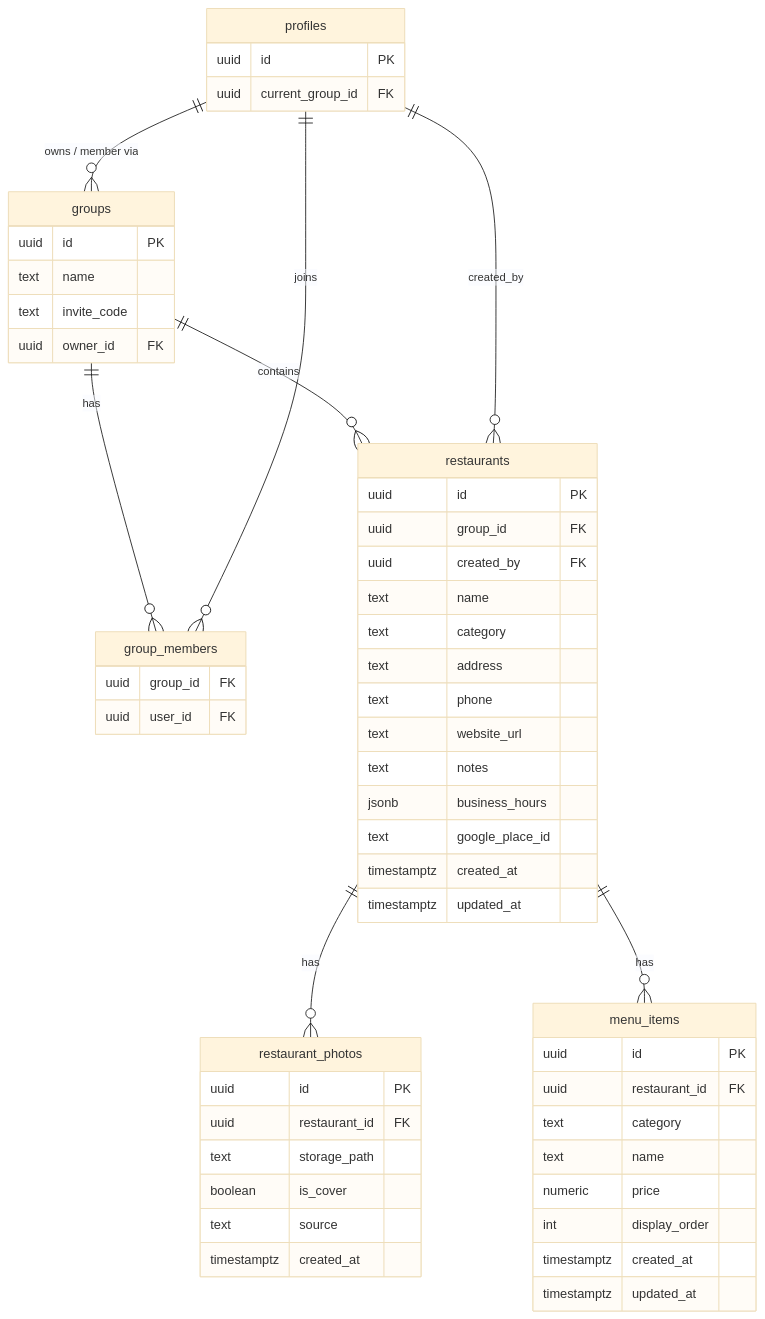
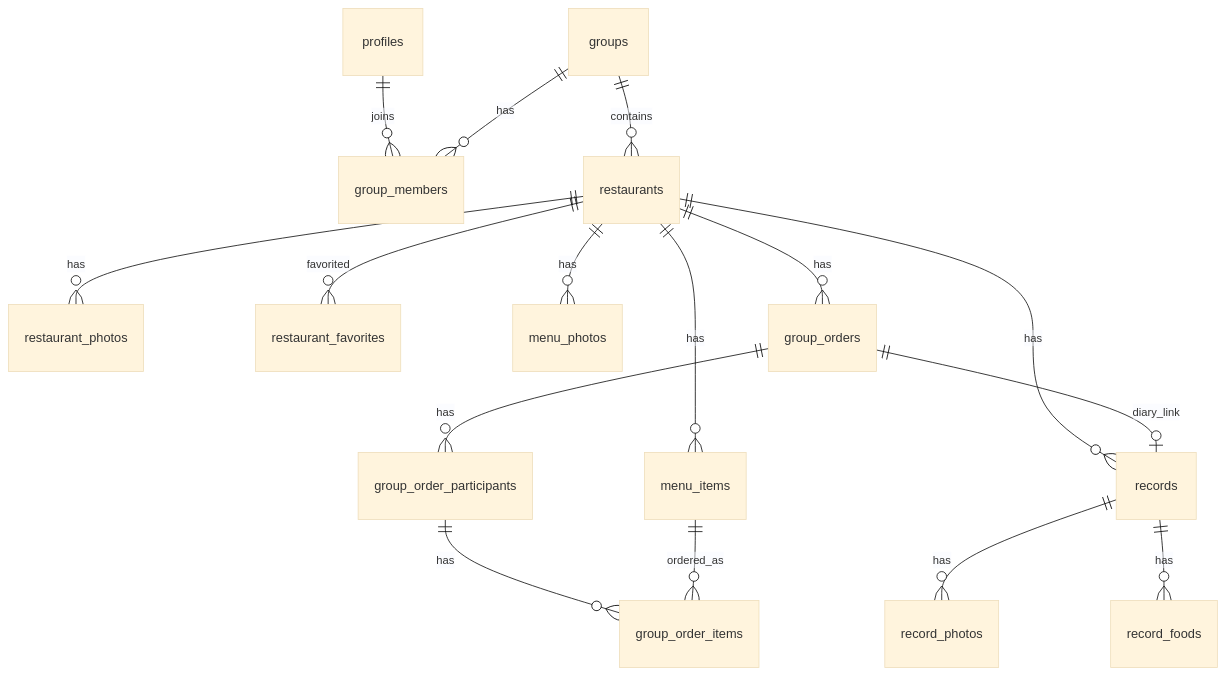
The diagram in docs/DATABASE.md (chm12b/yum-diary), drawn with Mermaid (base theme) before and after one commit. The commit also changed other lines of this file and 10 other files, not shown here.

````diff
--- a/docs/DATABASE.md
+++ b/docs/DATABASE.md
@@ -159,63 +250,18 @@
 ```mermaid
 erDiagram
-  profiles ||--o{ groups : "owns / member via"
-  groups ||--o{ group_members : "has"
-  profiles ||--o{ group_members : "joins"
-  groups ||--o{ restaurants : "contains"
-  profiles ||--o{ restaurants : "created_by"
-  restaurants ||--o{ restaurant_photos : "has"
-  restaurants ||--o{ menu_items : "has"
-
-  profiles {
-    uuid id PK
-    uuid current_group_id FK
-  }
-
-  groups {
-    uuid id PK
-    text name
-    text invite_code
-    uuid owner_id FK
-  }
-
-  group_members {
-    uuid group_id FK
-    uuid user_id FK
-  }
-
-  restaurants {
-    uuid id PK
-    uuid group_id FK
-    uuid created_by FK
-    text name
-    text category
-    text address
-    text phone
-    text website_url
-    text notes
-    jsonb business_hours
-    text google_place_id
-    timestamptz created_at
-    timestamptz updated_at
-  }
-
-  restaurant_photos {
-    uuid id PK
-    uuid restaurant_id FK
-    text storage_path
-    boolean is_cover
-    text source
-    timestamptz created_at
-  }
-
-  menu_items {
-    uuid id PK
-    uuid restaurant_id FK
-    text category
-    text name
-    numeric price
-    int display_order
-    timestamptz created_at
-    timestamptz updated_at
-  }
+  profiles ||--o{ group_members : joins
+  groups ||--o{ group_members : has
+  groups ||--o{ restaurants : contains
+  restaurants ||--o{ restaurant_photos : has
+  restaurants ||--o{ restaurant_favorites : favorited
+  restaurants ||--o{ menu_photos : has
+  restaurants ||--o{ menu_items : has
+  restaurants ||--o{ records : has
+  restaurants ||--o{ group_orders : has
+  records ||--o{ record_photos : has
+  records ||--o{ record_foods : has
+  group_orders ||--o{ group_order_participants : has
+  group_order_participants ||--o{ group_order_items : has
+  menu_items ||--o{ group_order_items : ordered_as
+  group_orders ||--o| records : diary_link
 ```
````
